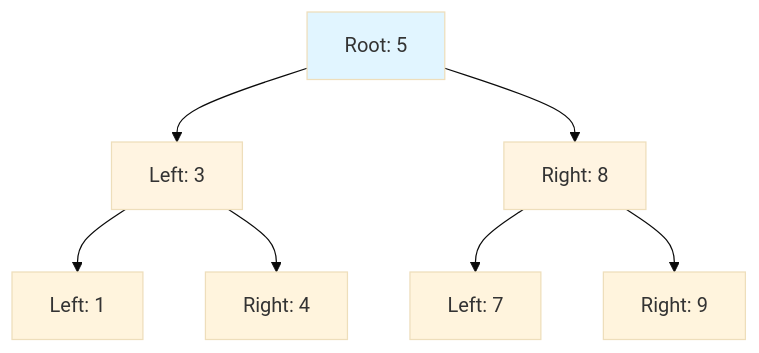
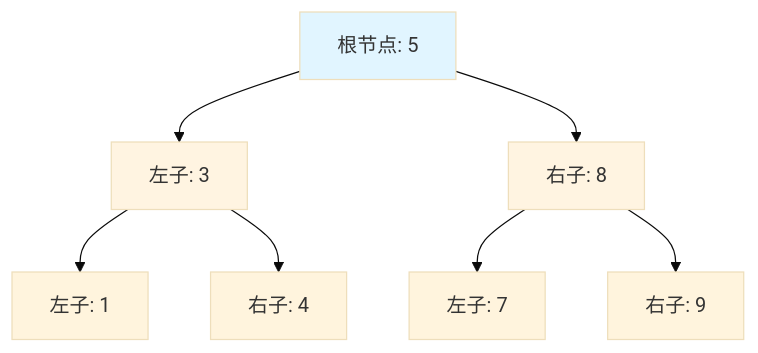
One commit to YiWang24/AiDIY changed the diagram in i18n/zh-Hans/docusaurus-plugin-content-docs/current/cs/algorithms/trees.mdx. Above: the diagram before and after it, drawn with Mermaid (base theme). The commit also changed other lines of this file and 59 other files, not shown here.

````diff
--- a/i18n/zh-Hans/docusaurus-plugin-content-docs/current/cs/algorithms/trees.mdx
+++ b/i18n/zh-Hans/docusaurus-plugin-content-docs/current/cs/algorithms/trees.mdx
@@ -35,13 +35,13 @@
 ```mermaid
 graph TD
-    A[Root: 5] --> B[Left: 3]
-    A --> C[Right: 8]
-    B --> D[Left: 1]
-    B --> E[Right: 4]
-    C --> F[Left: 7]
-    C --> G[Right: 9]
+    A[根节点: 5] --> B[左子: 3]
+    A --> C[右子: 8]
+    B --> D[左子: 1]
+    B --> E[右子: 4]
+    C --> F[左子: 7]
+    C --> G[右子: 9]
 
     style A fill:#e1f5ff
     style B fill:#fff4e1
     style C fill:#fff4e1
 ```
````
